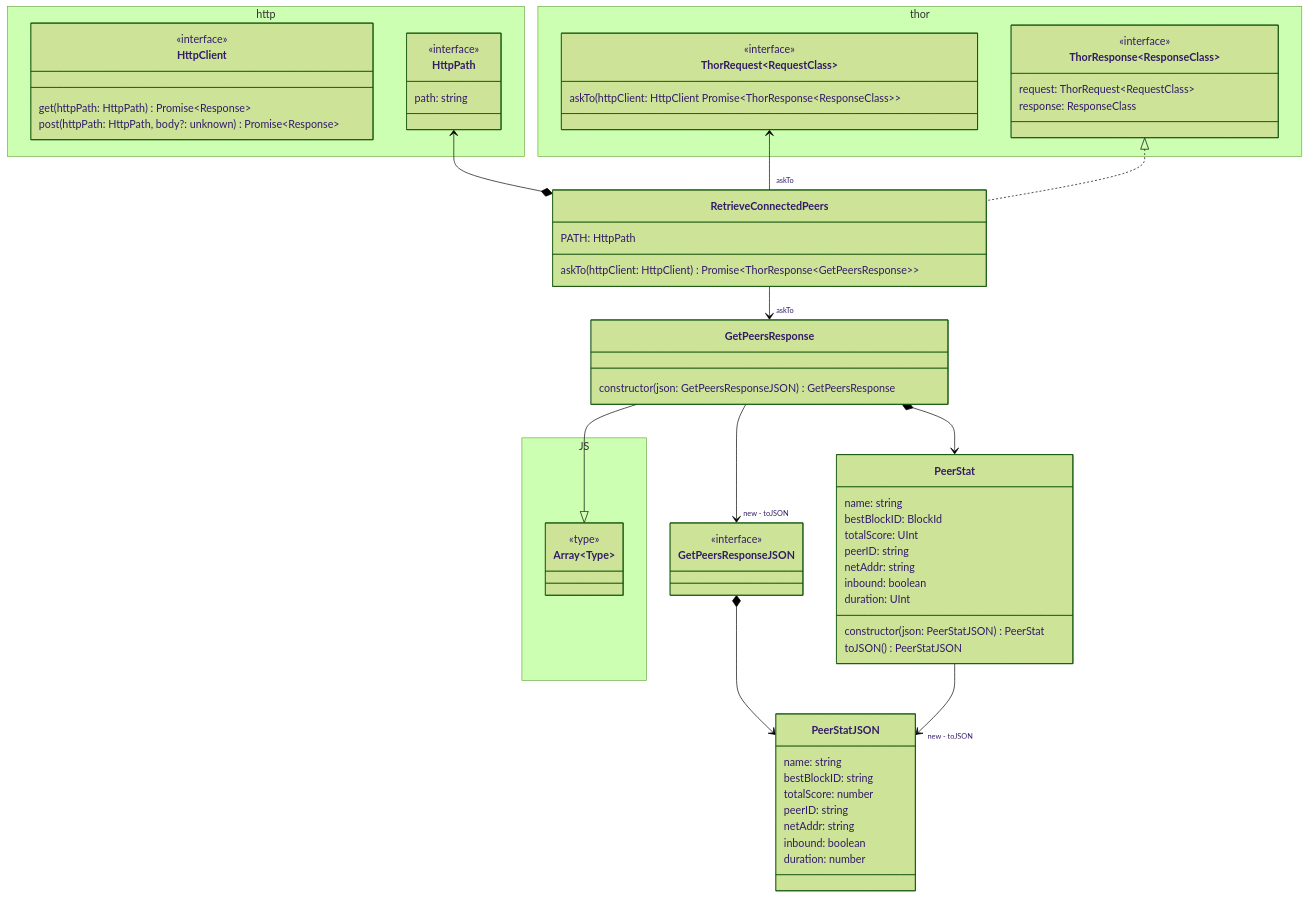
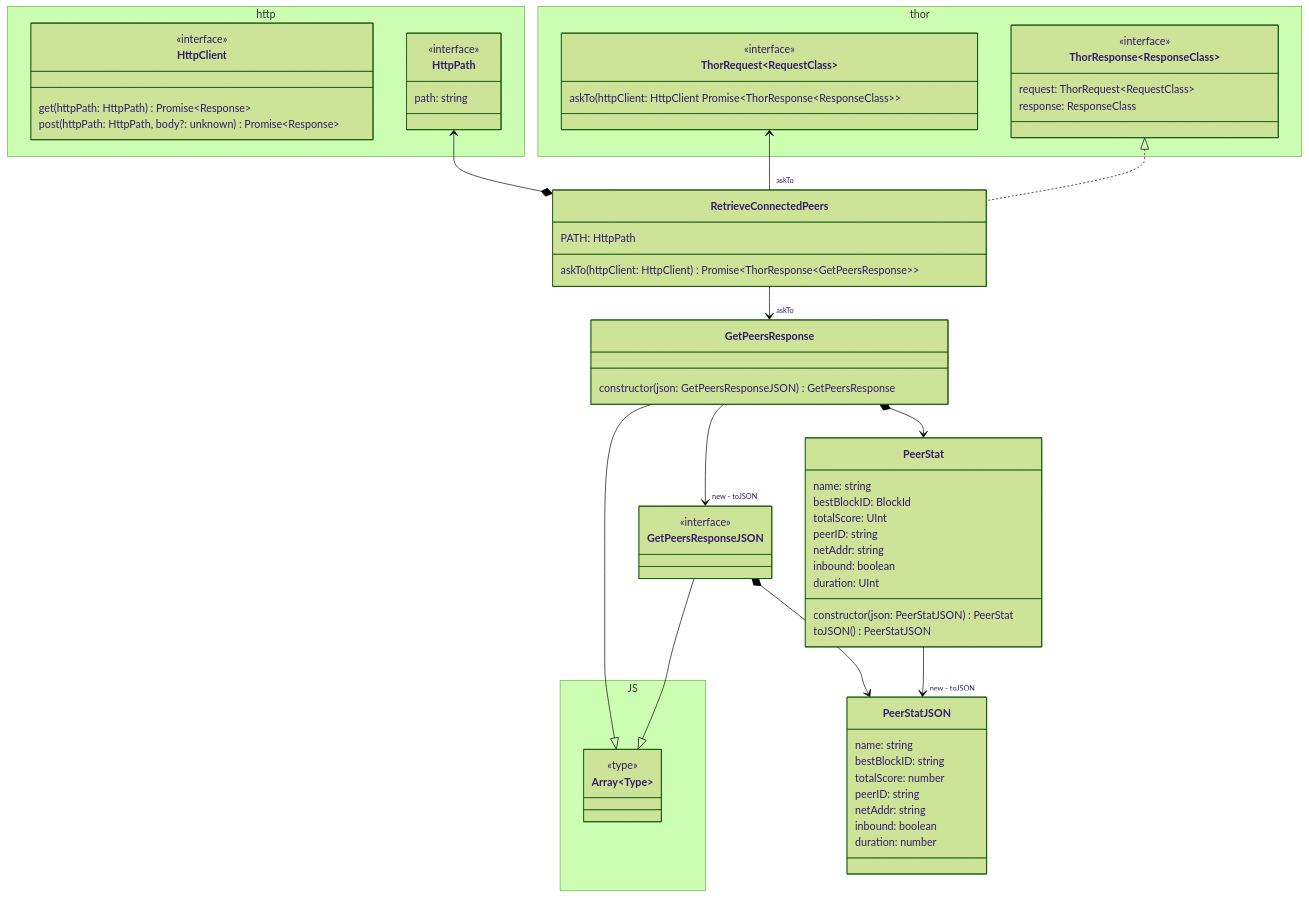
Before and after one commit to vechain/vechain-sdk-js: the diagram in docs/diagrams/v2/net/thor/node/node.md, drawn with Mermaid (forest theme).

Commit message:
feat: 1484 node documented

````diff
--- a/docs/diagrams/v2/net/thor/node/node.md
+++ b/docs/diagrams/v2/net/thor/node/node.md
@@ -1,69 +1,70 @@
 ```mermaid
 classDiagram
     namespace JS {
         class Array~Type~ {
             <<type>>
         }
     }
     namespace http {
         class HttpClient {
             <<interface>>
             get(httpPath: HttpPath) Promise~Response~
             post(httpPath: HttpPath, body?: unknown) Promise~Response~
         }
         class HttpPath {
             <<interface>>
             path: string
         }
     }
     namespace thor {
         class ThorRequest~RequestClass~ {
             <<interface>>
             askTo(httpClient: HttpClient Promise~ThorResponse~ResponseClass~~
         }
         class ThorResponse~ResponseClass~ {
             <<interface>>
             request: ThorRequest~RequestClass~
             response: ResponseClass
         }
     }
     class GetPeersResponse {
         constructor(json: GetPeersResponseJSON) GetPeersResponse
     }
     class GetPeersResponseJSON {
         <<interface>>
     }
     class PeerStat {
         name: string
         bestBlockID: BlockId
         totalScore: UInt
         peerID: string
         netAddr: string
         inbound: boolean
         duration: UInt
         constructor(json: PeerStatJSON) PeerStat
         toJSON() PeerStatJSON
     }
     class PeerStatJSON {
         name: string
         bestBlockID: string
         totalScore: number
         peerID: string
         netAddr: string
         inbound: boolean
         duration: number
     }
     class RetrieveConnectedPeers {
         PATH: HttpPath
         askTo(httpClient: HttpClient) Promise~ThorResponse~GetPeersResponse~~
     }
     GetPeersResponse *--> PeerStat
     GetPeersResponse --> "new - toJSON" GetPeersResponseJSON
     GetPeersResponse --|> Array
+    GetPeersResponseJSON --|> Array
     GetPeersResponseJSON *--> PeerStatJSON
     HttpPath <--* RetrieveConnectedPeers
     PeerStat --> "new - toJSON" PeerStatJSON
     RetrieveConnectedPeers --> "askTo" GetPeersResponse
     ThorRequest <-- "askTo" RetrieveConnectedPeers
     ThorResponse <|.. RetrieveConnectedPeers
 ```
````
